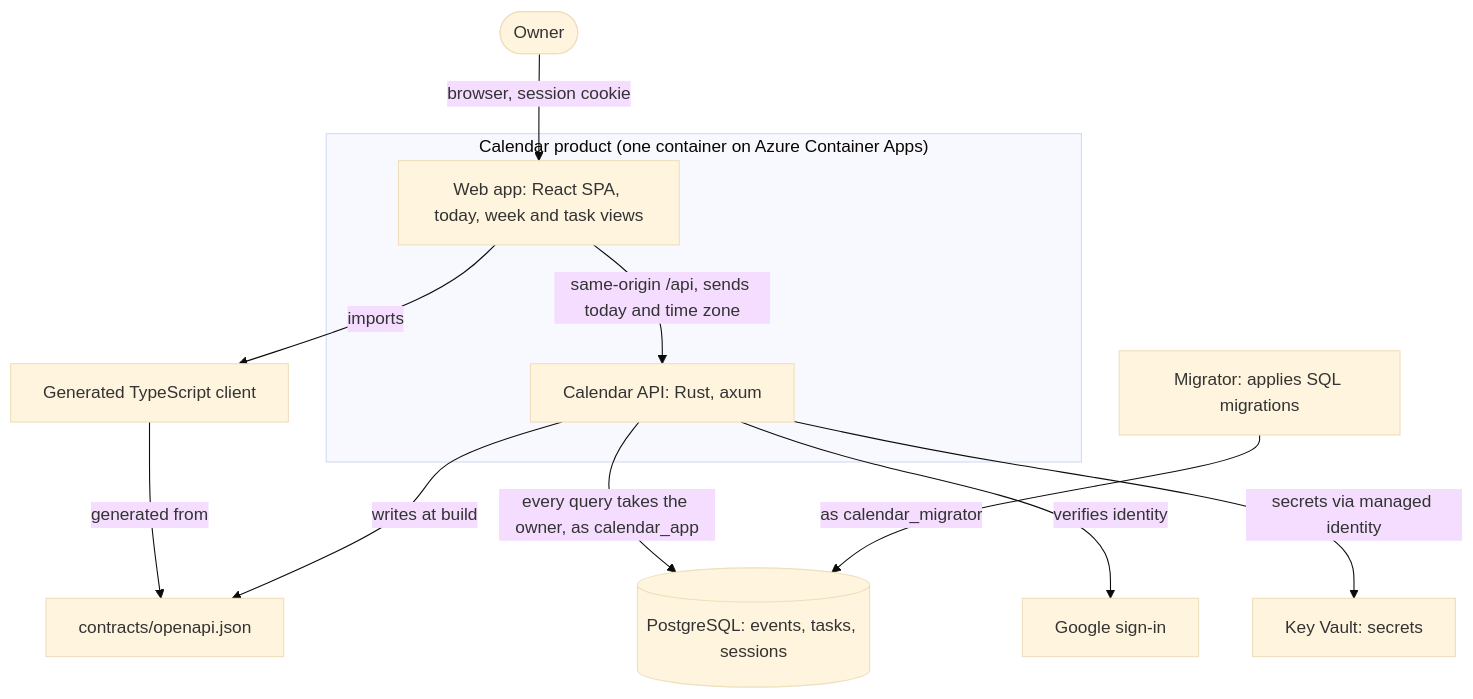
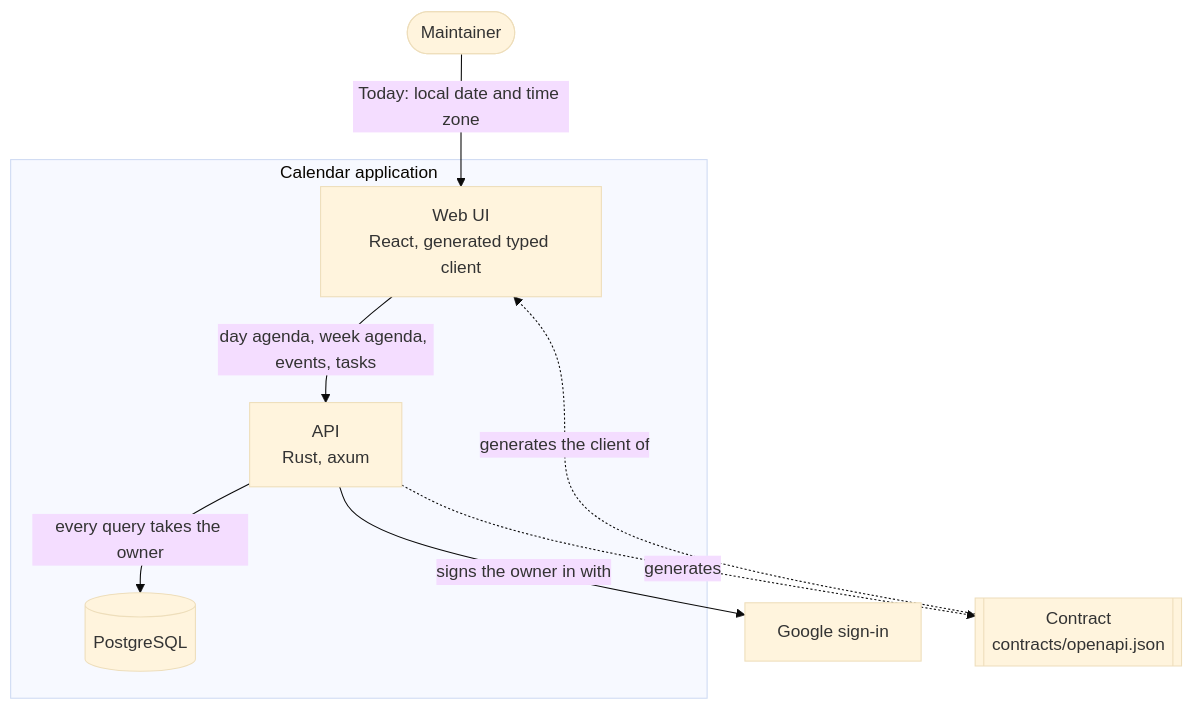
The diagram in docs/narratives/calendar/containers.mmd (mgasca/calendar), drawn with Mermaid (base theme) before and after one commit. The commit also changed 11 other files, not shown here.

```diff
--- a/docs/narratives/calendar/containers.mmd
+++ b/docs/narratives/calendar/containers.mmd
@@ -1,21 +1,15 @@
 flowchart TB
-  user(["Owner"])
-  subgraph product["Calendar product (one container on Azure Container Apps)"]
-    web["Web app: React SPA, today, week and task views"]
-    api["Calendar API: Rust, axum"]
-  end
-  client["Generated TypeScript client"]
-  contract["contracts/openapi.json"]
-  db[("PostgreSQL: events, tasks, sessions")]
-  migrator["Migrator: applies SQL migrations"]
-  google["Google sign-in"]
-  vault["Key Vault: secrets"]
-  user -->|"browser, session cookie"| web
-  web -->|"same-origin /api, sends today and time zone"| api
-  web -->|imports| client
-  client -->|generated from| contract
-  api -->|writes at build| contract
-  api -->|"every query takes the owner, as calendar_app"| db
-  migrator -->|"as calendar_migrator"| db
-  api -->|verifies identity| google
-  api -->|secrets via managed identity| vault
+    maintainer([Maintainer])
+    subgraph app[Calendar application]
+        web[Web UI<br/>React, generated typed client]
+        api[API<br/>Rust, axum]
+        db[(PostgreSQL)]
+    end
+    contract[[Contract<br/>contracts/openapi.json]]
+    google[Google sign-in]
+    maintainer -->|"Today: local date and time zone"| web
+    web -->|"day agenda, week agenda, events, tasks"| api
+    api -->|"every query takes the owner"| db
+    api -->|signs the owner in with| google
+    api -.->|generates| contract
+    contract -.->|generates the client of| web
```
